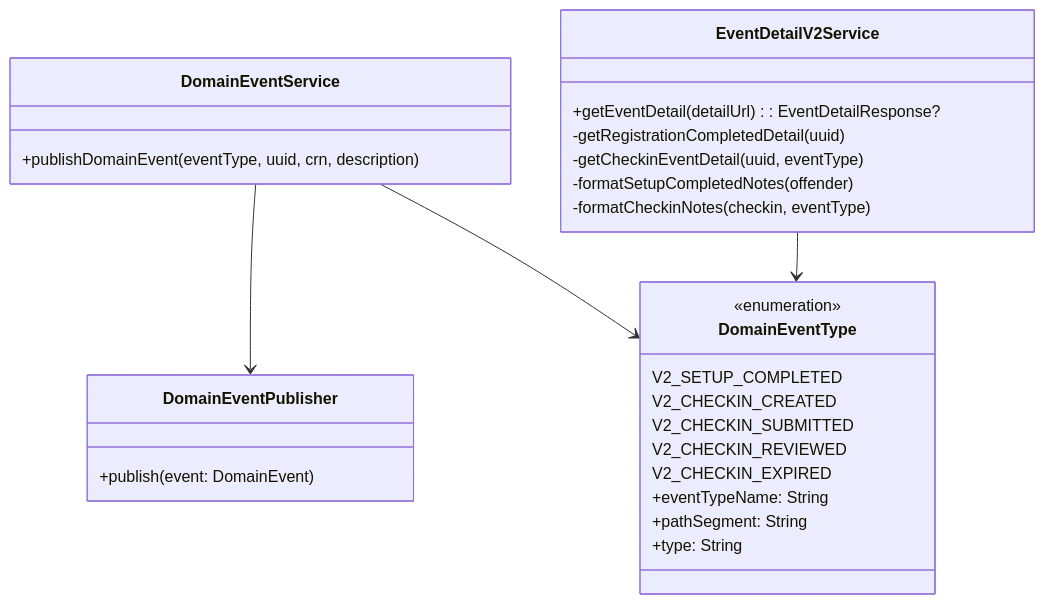
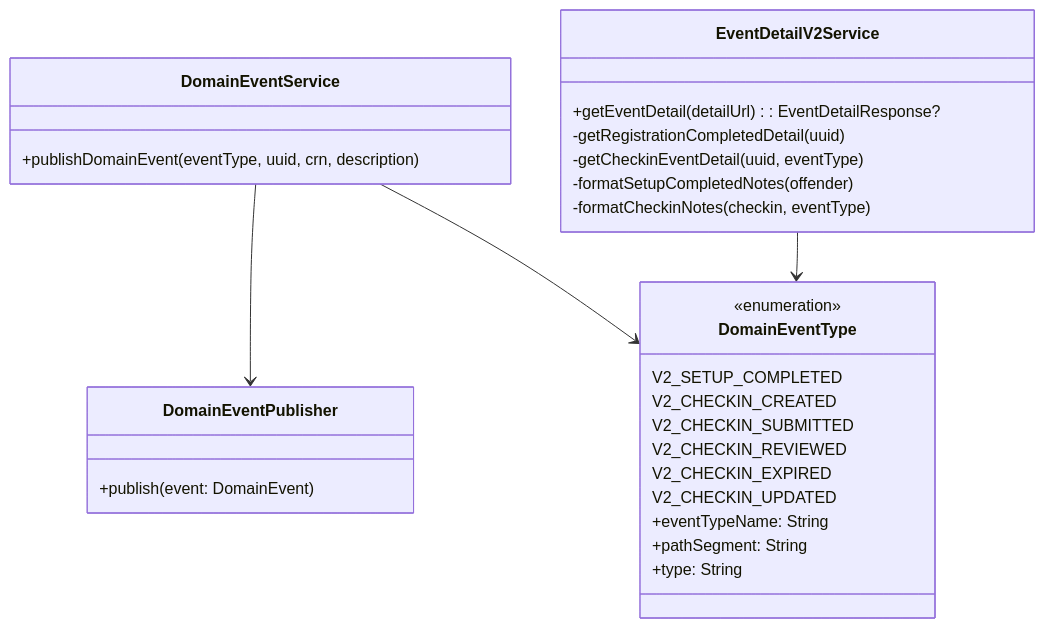
One commit to ministryofjustice/hmpps-esupervision-api changed the third of 3 diagrams in docs/v2/DOMAIN_EVENTS.md. Above: the diagram before and after it, drawn with Mermaid. The commit also changed other lines of this file and 9 other files, not shown here.

````diff
--- a/docs/v2/DOMAIN_EVENTS.md
+++ b/docs/v2/DOMAIN_EVENTS.md
@@ -166,34 +175,35 @@
 ```mermaid
 classDiagram
     class DomainEventService {
         +publishDomainEvent(eventType, uuid, crn, description)
     }
 
     class DomainEventPublisher {
         +publish(event: DomainEvent)
     }
 
     class EventDetailV2Service {
         +getEventDetail(detailUrl): EventDetailResponse?
         -getRegistrationCompletedDetail(uuid)
         -getCheckinEventDetail(uuid, eventType)
         -formatSetupCompletedNotes(offender)
         -formatCheckinNotes(checkin, eventType)
     }
 
     class DomainEventType {
         <<enumeration>>
         V2_SETUP_COMPLETED
         V2_CHECKIN_CREATED
         V2_CHECKIN_SUBMITTED
         V2_CHECKIN_REVIEWED
         V2_CHECKIN_EXPIRED
+        V2_CHECKIN_UPDATED
         +eventTypeName: String
         +pathSegment: String
         +type: String
     }
 
     DomainEventService --> DomainEventPublisher
     DomainEventService --> DomainEventType
     EventDetailV2Service --> DomainEventType
 ```
````
